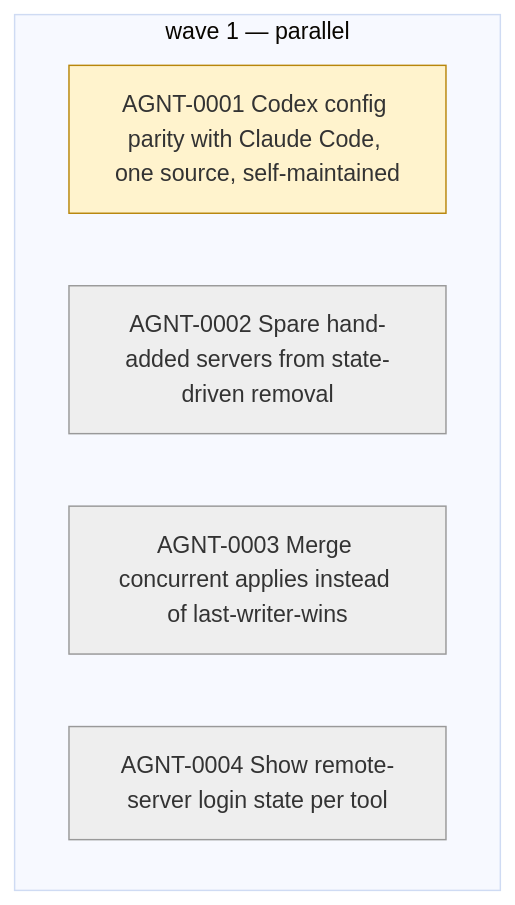
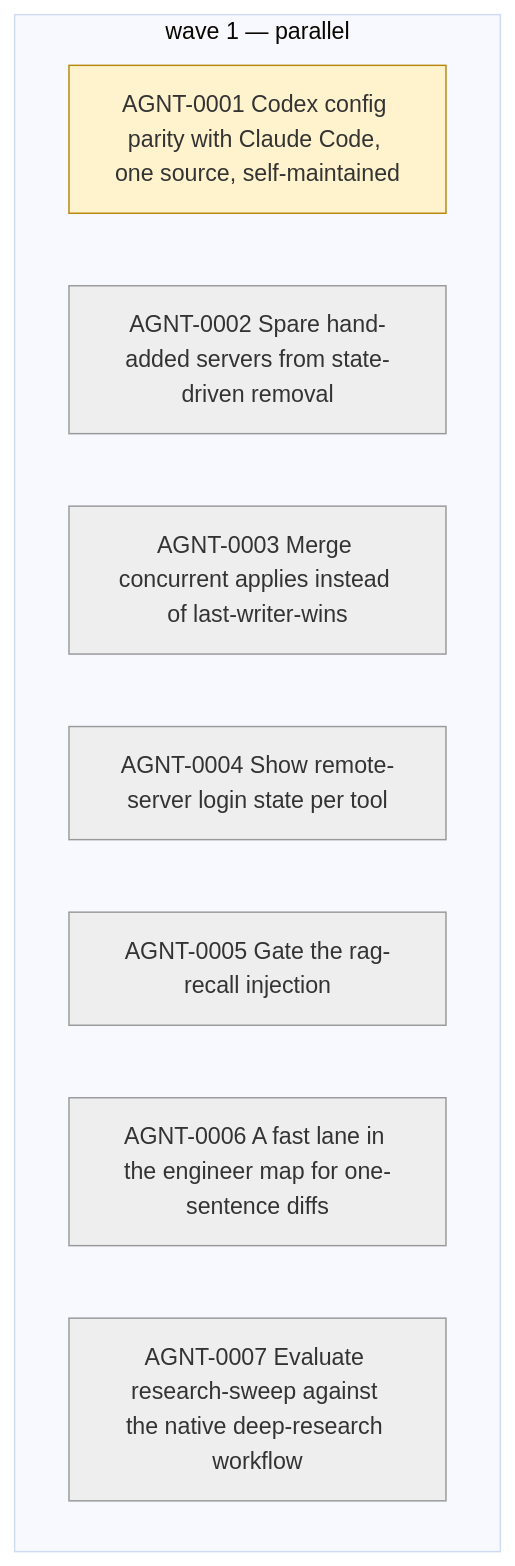
The diagram in .map/roadmap.mmd (OwaisQuadri/agents), drawn with Mermaid (base theme) before and after one commit. The commit also changed 1 other file, not shown here.

Commit message:
map(AGNT-0001): phase 22 rework (sweep tickets filed)

```diff
--- a/.map/roadmap.mmd
+++ b/.map/roadmap.mmd
@@ -1,12 +1,15 @@
 flowchart TD
   classDef todo fill:#eeeeee,stroke:#999999
   classDef inprogress fill:#fff3cd,stroke:#b8860b
   classDef resolved fill:#cce5ff,stroke:#004085
   classDef done fill:#d4edda,stroke:#155724
   classDef cancelled fill:#f8d7da,stroke:#721c24,stroke-dasharray: 5 5
   subgraph wave1 ["wave 1 — parallel"]
     AGNT_0001["AGNT-0001 Codex config parity with Claude Code, one source, self-maintained"]:::inprogress
     AGNT_0002["AGNT-0002 Spare hand-added servers from state-driven removal"]:::todo
     AGNT_0003["AGNT-0003 Merge concurrent applies instead of last-writer-wins"]:::todo
     AGNT_0004["AGNT-0004 Show remote-server login state per tool"]:::todo
+    AGNT_0005["AGNT-0005 Gate the rag-recall injection"]:::todo
+    AGNT_0006["AGNT-0006 A fast lane in the engineer map for one-sentence diffs"]:::todo
+    AGNT_0007["AGNT-0007 Evaluate research-sweep against the native deep-research workflow"]:::todo
   end
```
